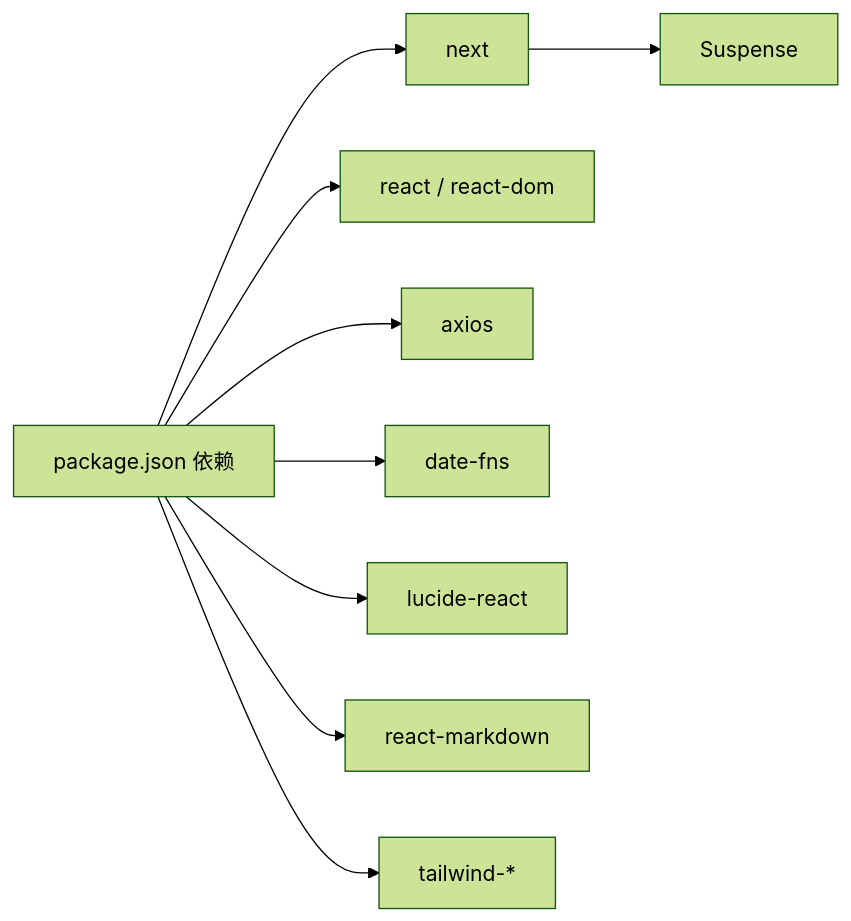
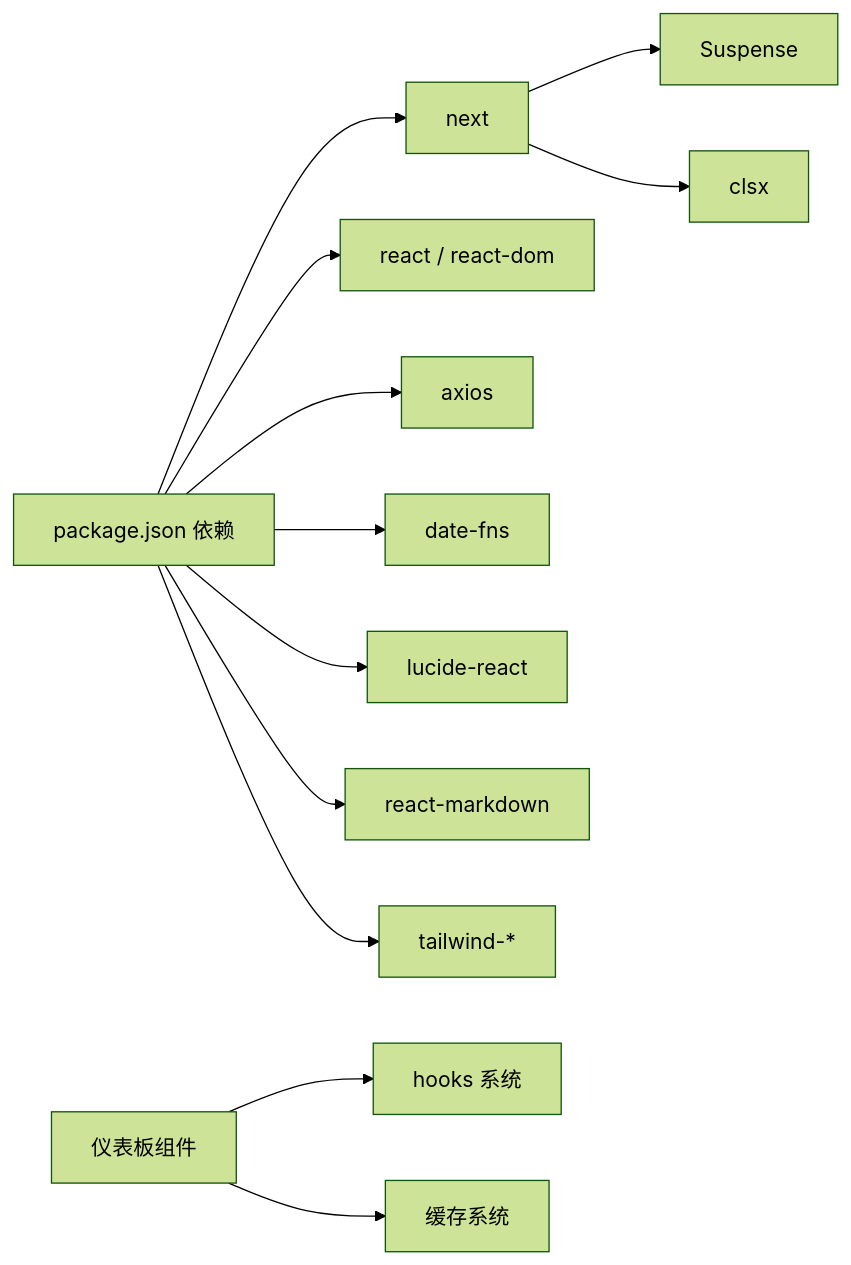
Before and after one commit to breeze-lyf/ai-stock-advisor: diagram 13 of 13 in .qoder/repowiki/zh/content/投资组合管理/前端集成与展示/前端集成与展示.md, drawn with Mermaid (forest theme). The commit also changed other lines of this file and 43 other files, not shown here.

````diff
--- a/.qoder/repowiki/zh/content/投资组合管理/前端集成与展示/前端集成与展示.md
+++ b/.qoder/repowiki/zh/content/投资组合管理/前端集成与展示/前端集成与展示.md
@@ -426,20 +639,27 @@
 ```mermaid
 graph LR
 Pkg["package.json 依赖"]
 Next["next"]
 React["react / react-dom"]
 Axios["axios"]
 DF["date-fns"]
 LM["lucide-react"]
 RM["react-markdown"]
 TW["tailwind-*"]
 Suspense["Suspense"]
+Clsx["clsx"]
+Dashboard["仪表板组件"]
+Hooks["hooks 系统"]
+Cache["缓存系统"]
 Pkg --> Next
 Pkg --> React
 Pkg --> Axios
 Pkg --> DF
 Pkg --> LM
 Pkg --> RM
 Pkg --> TW
 Next --> Suspense
+Next --> Clsx
+Dashboard --> Hooks
+Dashboard --> Cache
 ```
````
